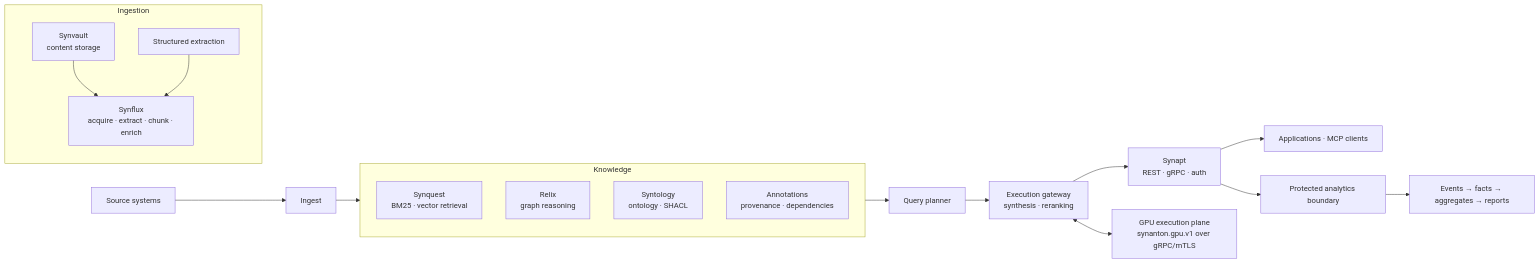
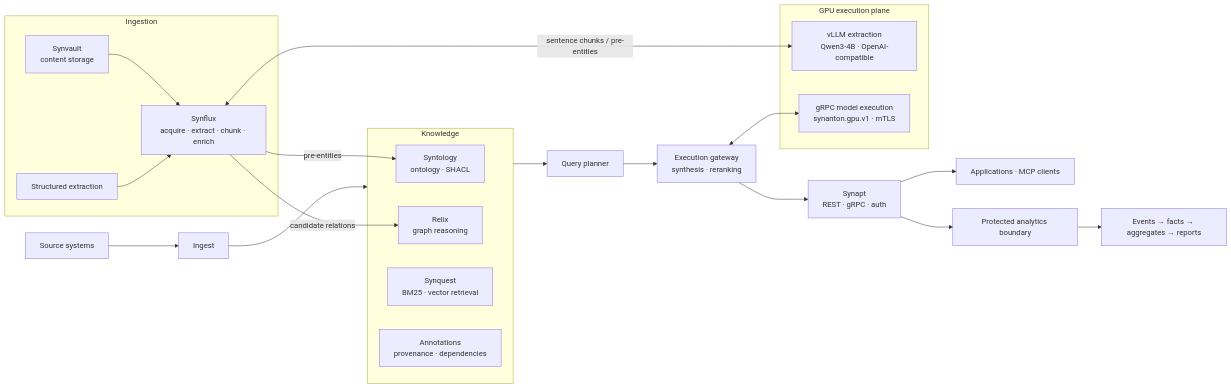
The first of 2 diagrams in README.md (synanton/platform), drawn with Mermaid before and after one commit. The commit also changed other lines of this file and 4 other files, not shown here.

First line of the commit message:
docs: reflect dual-engine architecture and RAKG baseline (ADR-022)

````diff
--- a/README.md
+++ b/README.md
@@ -17,22 +17,29 @@
 ```mermaid
 flowchart LR
   Sources[Source systems] --> Ingest
   subgraph Ingestion
     Vault[Synvault<br/>content storage] --> Flux[Synflux<br/>acquire · extract · chunk · enrich]
     Extract[Structured extraction] --> Flux
   end
+  Flux <-->|sentence chunks / pre-entities| VLLM
+  Flux -->|pre-entities| Ontology
+  Flux -->|candidate relations| Relix
   Ingest --> Knowledge
   subgraph Knowledge
     Quest[Synquest<br/>BM25 · vector retrieval]
     Relix[Relix<br/>graph reasoning]
     Ontology[Syntology<br/>ontology · SHACL]
     Annotations[Annotations<br/>provenance · dependencies]
   end
   Knowledge --> Planner[Query planner]
   Planner --> Gateway[Execution gateway<br/>synthesis · reranking]
   Gateway --> API[Synapt<br/>REST · gRPC · auth]
   API --> Clients[Applications · MCP clients]
-  Gateway <--> GPU[GPU execution plane<br/>synanton.gpu.v1 over gRPC/mTLS]
+  subgraph GPUPlane[GPU execution plane]
+    GPU[gRPC model execution<br/>synanton.gpu.v1 · mTLS]
+    VLLM[vLLM extraction<br/>Qwen3-4B · OpenAI-compatible]
+  end
+  Gateway <--> GPU
   API --> Analytics[Protected analytics boundary]
   Analytics --> Events[Events → facts → aggregates → reports]
 ```
````
